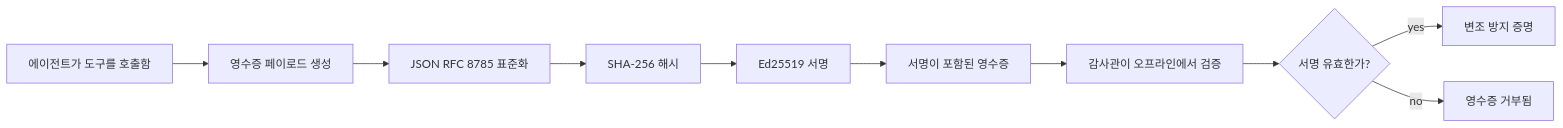
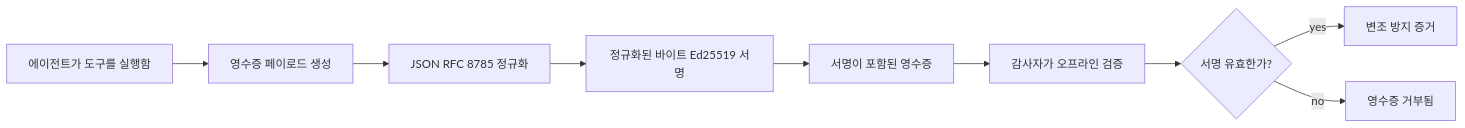
One commit to microsoft/ai-agents-for-beginners changed the first of 2 diagrams in translations/ko/18-securing-ai-agents/README.md. Above: the diagram before and after it, drawn with Mermaid. The commit also changed other lines of this file and 46 other files, not shown here.

````diff
--- a/translations/ko/18-securing-ai-agents/README.md
+++ b/translations/ko/18-securing-ai-agents/README.md
@@ -51,12 +51,11 @@
 ```mermaid
 flowchart LR
-    A[에이전트가 도구를 호출함] --> B[영수증 페이로드 생성]
-    B --> C[JSON RFC 8785 표준화]
-    C --> D[SHA-256 해시]
-    D --> E[Ed25519 서명]
+    A[에이전트가 도구를 실행함] --> B[영수증 페이로드 생성]
+    B --> C[JSON RFC 8785 정규화]
+    C --> E[정규화된 바이트 Ed25519 서명]
     E --> F[서명이 포함된 영수증]
-    F --> G[감사관이 오프라인에서 검증]
+    F --> G[감사자가 오프라인 검증]
     G --> H{서명 유효한가?}
-    H -- yes --> I[변조 방지 증명]
+    H -- yes --> I[변조 방지 증거]
     H -- no --> J[영수증 거부됨]
 ```
````
